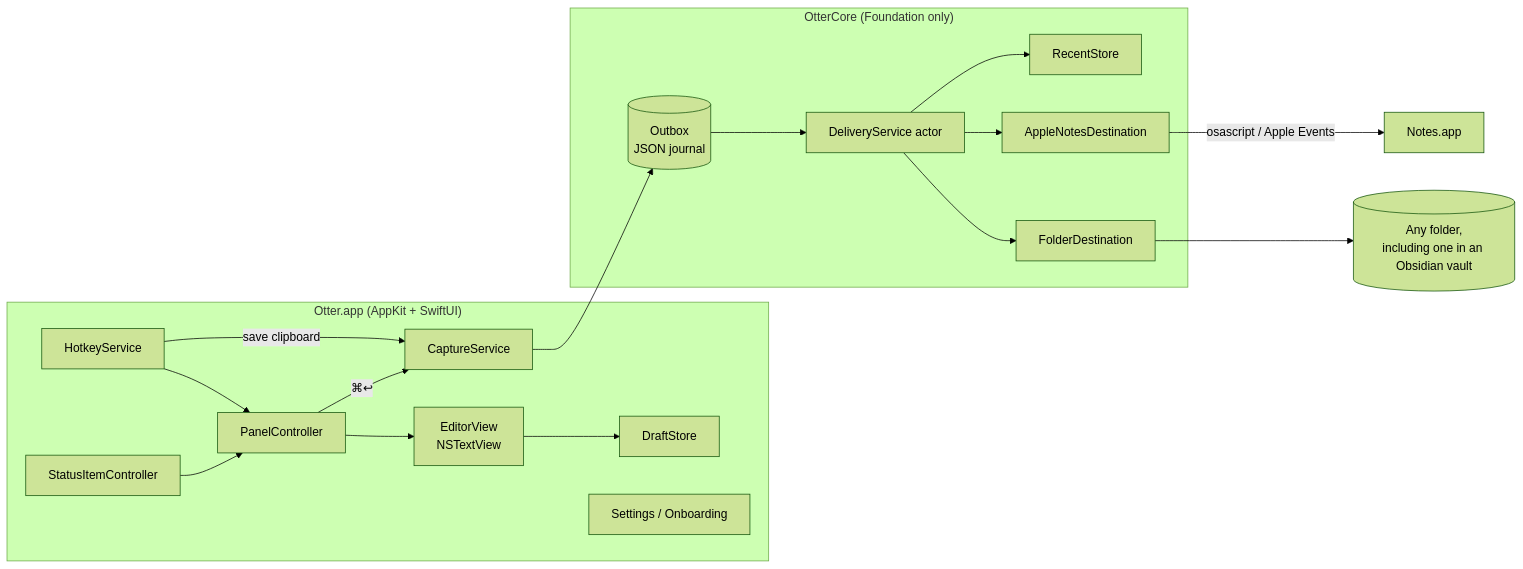
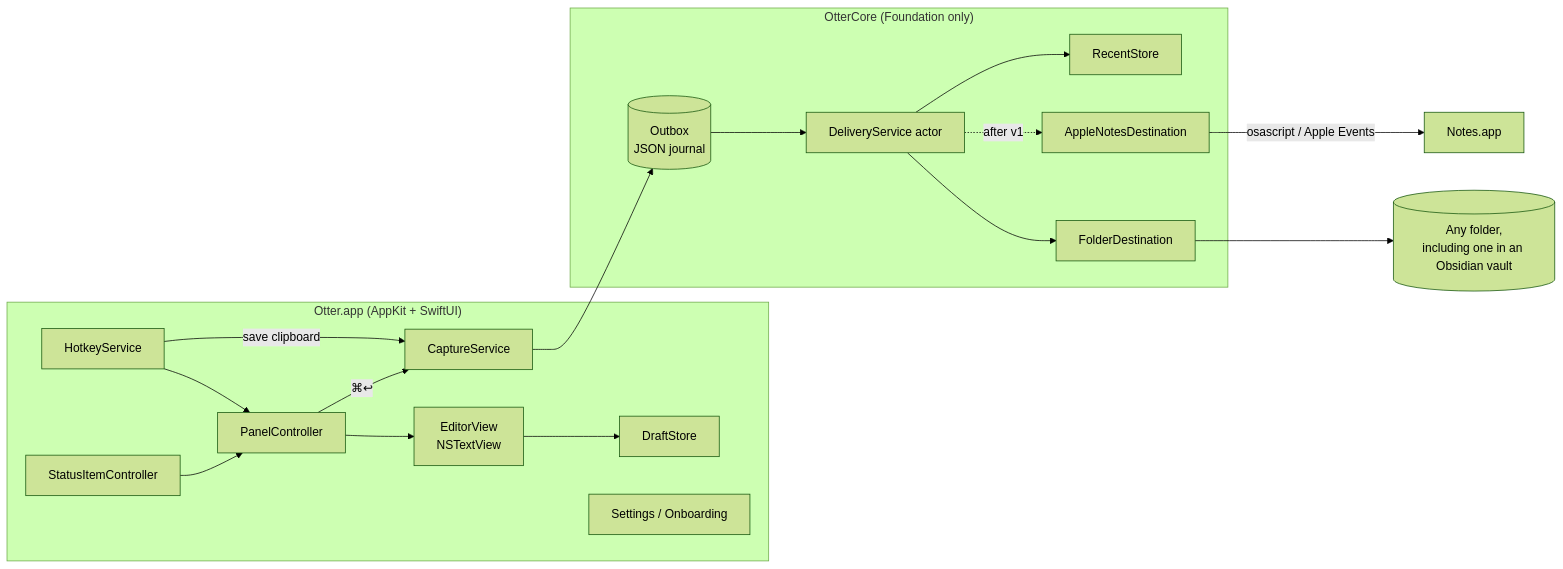
Before and after one commit to elizabeth-ling/otter: the first of 2 diagrams in context/docs/ARCHITECTURE.md, drawn with Mermaid (forest theme). The commit also changed other lines of this file and 13 other files, not shown here.

First line of the commit message:
docs: defer Apple Notes (T08) to after v1

````diff
--- a/context/docs/ARCHITECTURE.md
+++ b/context/docs/ARCHITECTURE.md
@@ -10,21 +10,21 @@
 ```mermaid
 flowchart LR
   subgraph App["Otter.app (AppKit + SwiftUI)"]
     HK[HotkeyService] --> PC[PanelController]
     PC --> ED[EditorView<br/>NSTextView]
     ED --> DS[DraftStore]
     PC -->|"⌘↩"| CS[CaptureService]
     HK -->|save clipboard| CS
     MB[StatusItemController] --> PC
     ST[Settings / Onboarding]
   end
   subgraph Core["OtterCore (Foundation only)"]
     CS --> OB[(Outbox<br/>JSON journal)]
     OB --> DV[DeliveryService actor]
     DV --> FD[FolderDestination]
-    DV --> AN[AppleNotesDestination]
+    DV -.->|after v1| AN[AppleNotesDestination]
     DV --> RC[RecentStore]
   end
   FD --> FS[(Any folder,<br/>including one in an Obsidian vault)]
   AN -->|osascript / Apple Events| N[Notes.app]
 ```
````
